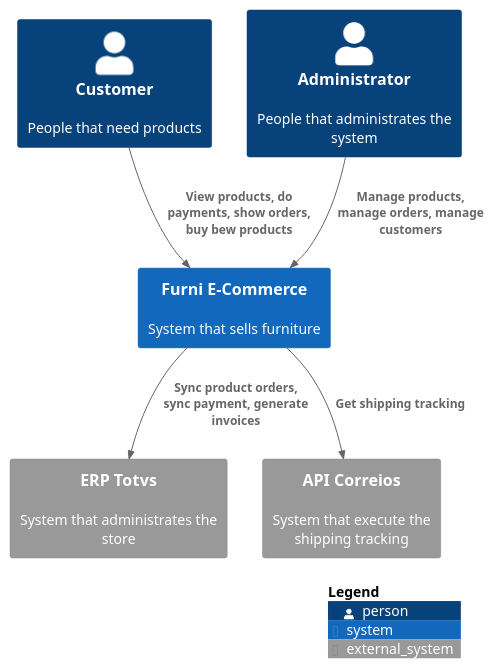
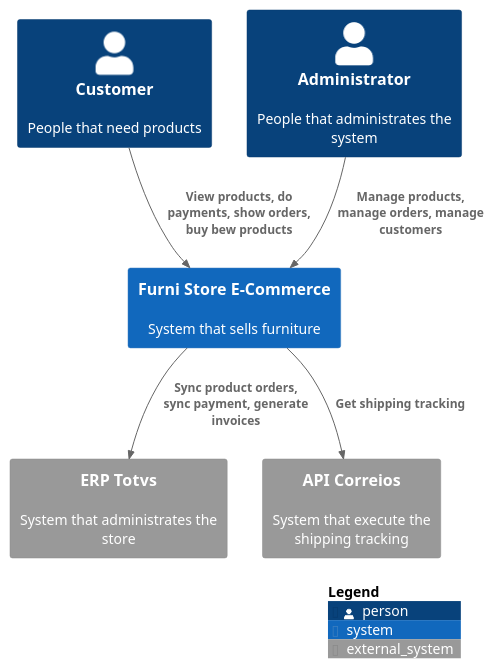
Before and after one commit to andersoncontreira/ecommerce-microservices-stack: the diagram in architecture/diagrams/ecommerce-context.puml, drawn with PlantUML. The commit also changed 5 other files, not shown here.

Commit message:
Architecture diagrams updated

```diff
--- a/architecture/diagrams/ecommerce-context.puml
+++ b/architecture/diagrams/ecommerce-context.puml
@@ -1,28 +1,28 @@
 @startuml
 !include https://raw.githubusercontent.com/plantuml-stdlib/C4-PlantUML/master/C4_Context.puml
 
 '-----------------------------------------
 'Personas
 '-----------------------------------------
 Person(user, "Customer", "People that need products")
 Person(admin, "Administrator", "People that administrates the system")
 
 '-----------------------------------------
 'Sistemas
 '-----------------------------------------
-System(store, "Furni E-Commerce", "System that sells furniture")
+System(store, "Furni Store E-Commerce", "System that sells furniture")
 
 '-----------------------------------------
 'Sistemas externos
 '-----------------------------------------
 System_Ext(erp, "ERP Totvs", "System that administrates the store")
 System_Ext(correios_api, "API Correios", "System that execute the shipping tracking")
 
 Rel(user, store, "View products, do payments, show orders, buy bew products")
 Rel(admin, store, "Manage products, manage orders, manage customers")
 
 Rel(store, erp, "Sync product orders, sync payment, generate invoices")
 Rel(store, correios_api, "Get shipping tracking")
 
 SHOW_LEGEND()
 @enduml
```
